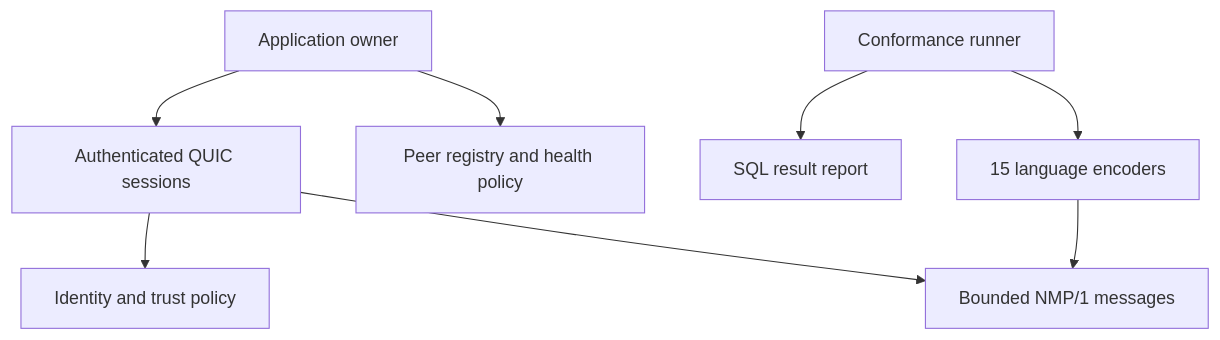
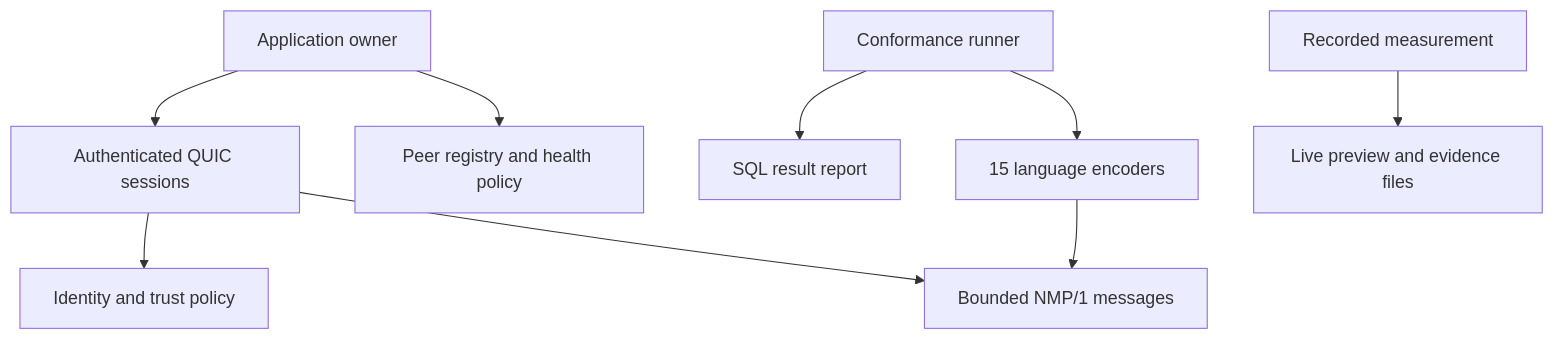
One commit to krishanth7/neuromesh changed the second of 2 diagrams in README.md. Above: the diagram before and after it, drawn with Mermaid. The commit also changed other lines of this file and 2 other files, not shown here.

````diff
--- a/README.md
+++ b/README.md
@@ -108,10 +217,11 @@
 ```mermaid
 flowchart TD
     A[Application owner] --> B[Peer registry and health policy]
     A --> C[Authenticated QUIC sessions]
     C --> D[Bounded NMP/1 messages]
     C --> E[Identity and trust policy]
     F[15 language encoders] --> D
     G[Conformance runner] --> F
     G --> H[SQL result report]
+    I[Recorded measurement] --> J[Live preview and evidence files]
 ```
````
